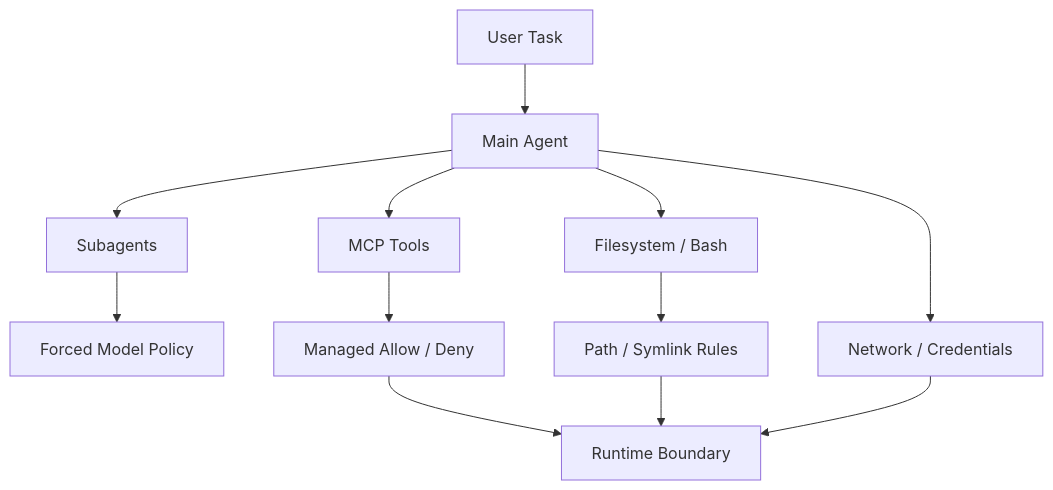
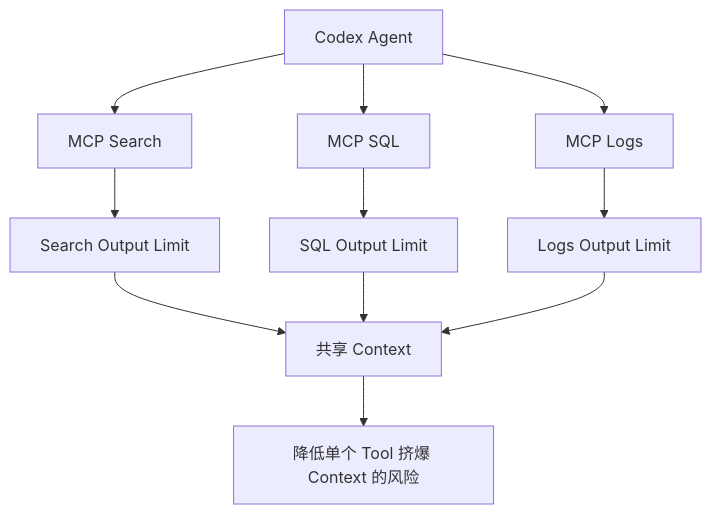
The fifth of 24 diagrams in 260902.md (wlf186/ai-daily-headlines), drawn with Mermaid before and after one commit. The commit also changed other lines of this file, not shown here.

````diff
--- a/260902.md
+++ b/260902.md
@@ -241,14 +269,13 @@
 ```mermaid
 flowchart TD
-    CS1[User Task] --> CS2[Main Agent]
-    CS2 --> CS3[Subagents]
-    CS2 --> CS4[MCP Tools]
-    CS2 --> CS5[Filesystem / Bash]
-    CS3 --> CS6[Forced Model Policy]
-    CS4 --> CS7[Managed Allow / Deny]
-    CS5 --> CS8[Path / Symlink Rules]
-    CS2 --> CS9[Network / Credentials]
-    CS7 --> CS10[Runtime Boundary]
-    CS8 --> CS10
-    CS9 --> CS10
+    C1[Codex Agent] --> C2[MCP Search]
+    C1 --> C3[MCP SQL]
+    C1 --> C4[MCP Logs]
+    C2 --> C5[Search Output Limit]
+    C3 --> C6[SQL Output Limit]
+    C4 --> C7[Logs Output Limit]
+    C5 --> C8[共享 Context]
+    C6 --> C8
+    C7 --> C8
+    C8 --> C9[降低单个 Tool 挤爆 Context 的风险]
 ```
````
